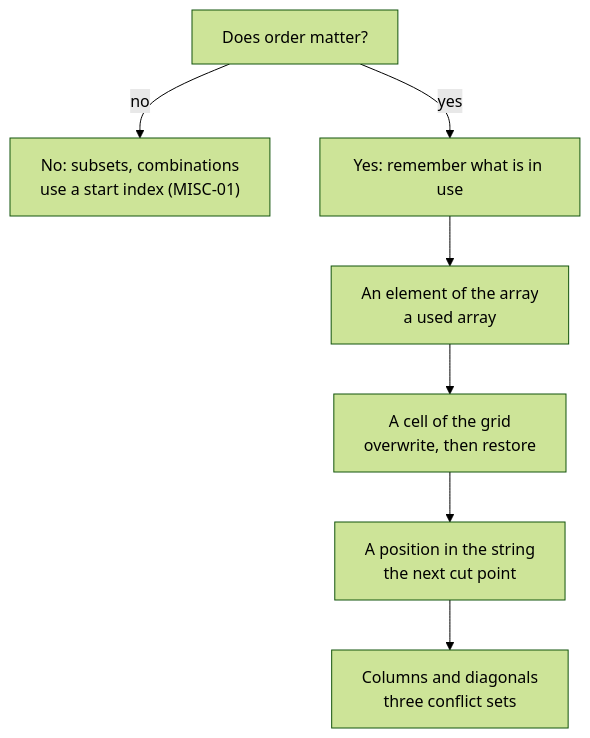
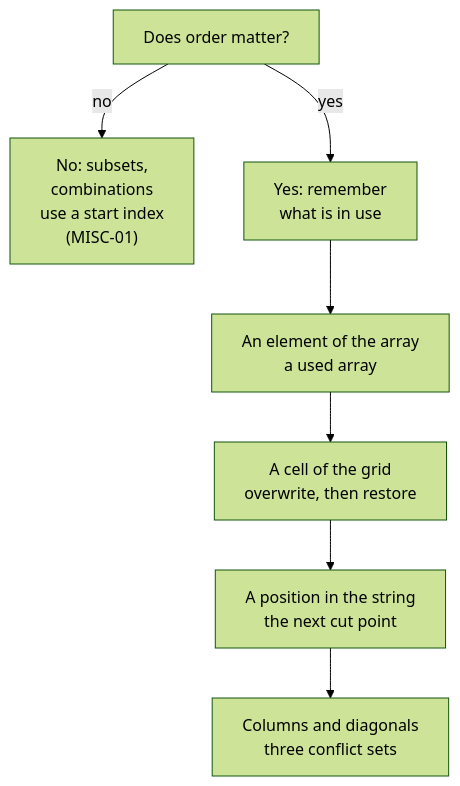
One commit to duongbui234/software-engineering-atlas changed the first of 2 diagrams in content/en/posts/2026-11-28-neetcode-permutations-search.md. Above: the diagram before and after it, drawn with Mermaid (forest theme). The commit also changed 134 other files, not shown here.

First line of the commit message:
Fit every Mermaid diagram at 390px without sideways scroll (#56)

````diff
--- a/content/en/posts/2026-11-28-neetcode-permutations-search.md
+++ b/content/en/posts/2026-11-28-neetcode-permutations-search.md
@@ -57,13 +57,13 @@
 ```mermaid
 flowchart TB
   A["Does order matter?"]
-  B["No: subsets, combinations<br/>use a start index (MISC-01)"]
-  C["Yes: remember what is in use"]
+  B["No: subsets,<br/>combinations<br/>use a start index<br/>(MISC-01)"]
+  C["Yes: remember<br/>what is in use"]
   D["An element of the array<br/>a used array"]
   E["A cell of the grid<br/>overwrite, then restore"]
   F["A position in the string<br/>the next cut point"]
   G["Columns and diagonals<br/>three conflict sets"]
   A -- "no" --> B
   A -- "yes" --> C
   C --> D --> E --> F --> G
 ```
````
